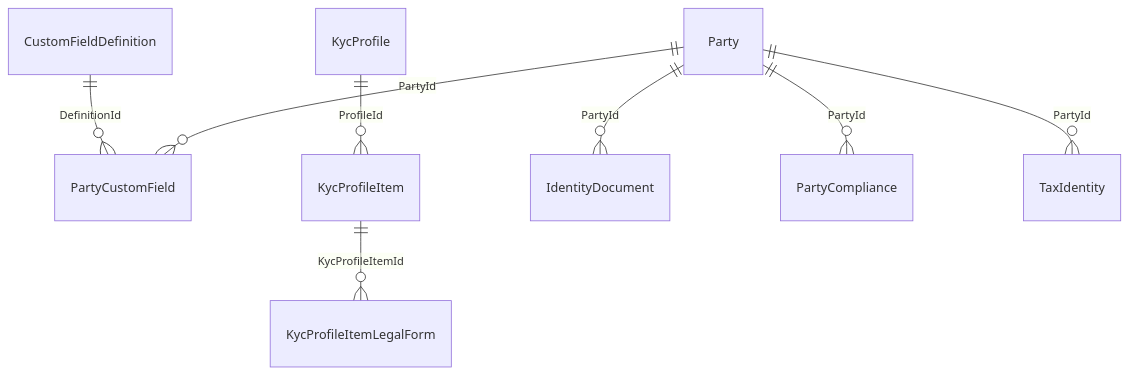
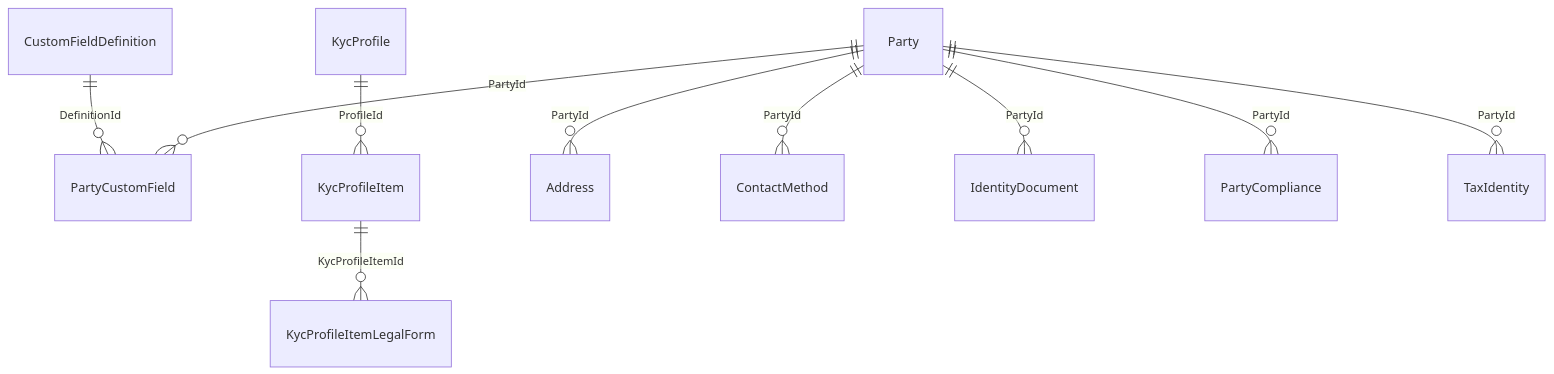
The seventh of 20 diagrams in treasury-platform/docs/22-erd-by-schema.md (thawrasy/smartlines), drawn with Mermaid before and after one commit. The commit also changed other lines of this file and 80 other files, not shown here.

````diff
--- a/treasury-platform/docs/22-erd-by-schema.md
+++ b/treasury-platform/docs/22-erd-by-schema.md
@@ -150,10 +151,12 @@
 ```mermaid
 erDiagram
   CustomFieldDefinition ||--o{ PartyCustomField : "DefinitionId"
   KycProfile ||--o{ KycProfileItem : "ProfileId"
   KycProfileItem ||--o{ KycProfileItemLegalForm : "KycProfileItemId"
+  Party ||--o{ Address : "PartyId"
+  Party ||--o{ ContactMethod : "PartyId"
   Party ||--o{ IdentityDocument : "PartyId"
   Party ||--o{ PartyCompliance : "PartyId"
   Party ||--o{ PartyCustomField : "PartyId"
   Party ||--o{ TaxIdentity : "PartyId"
 ```
````
